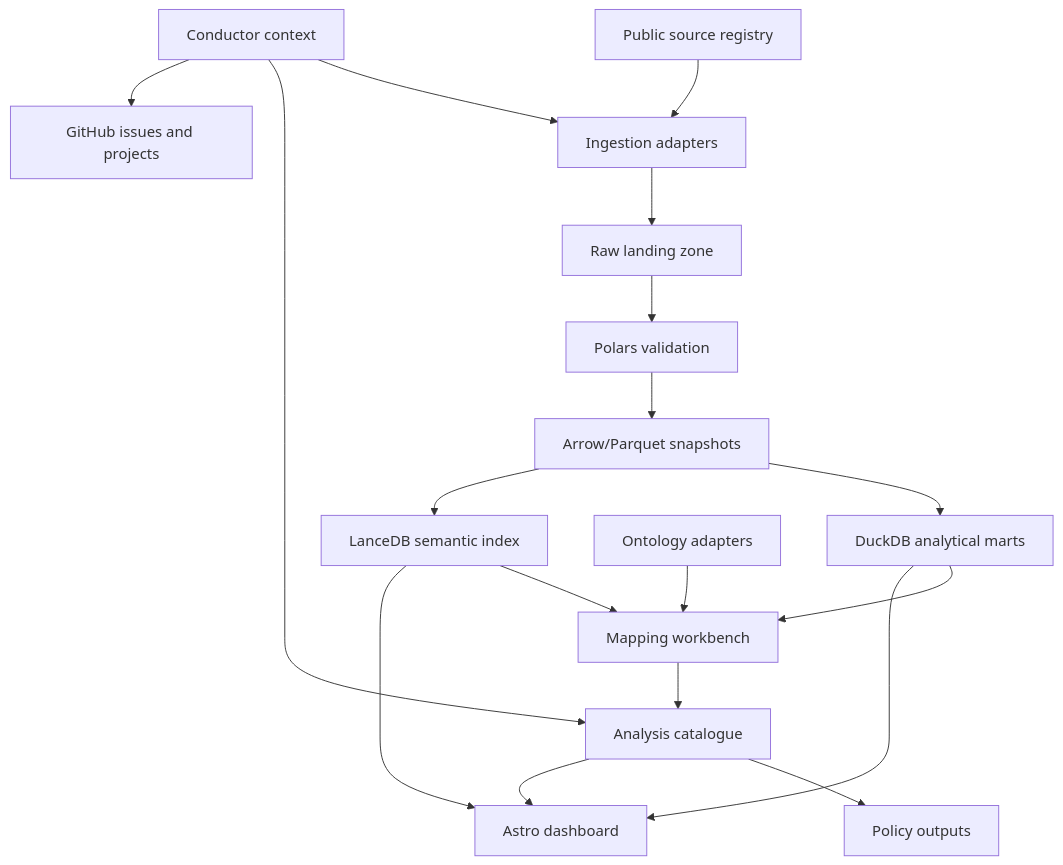
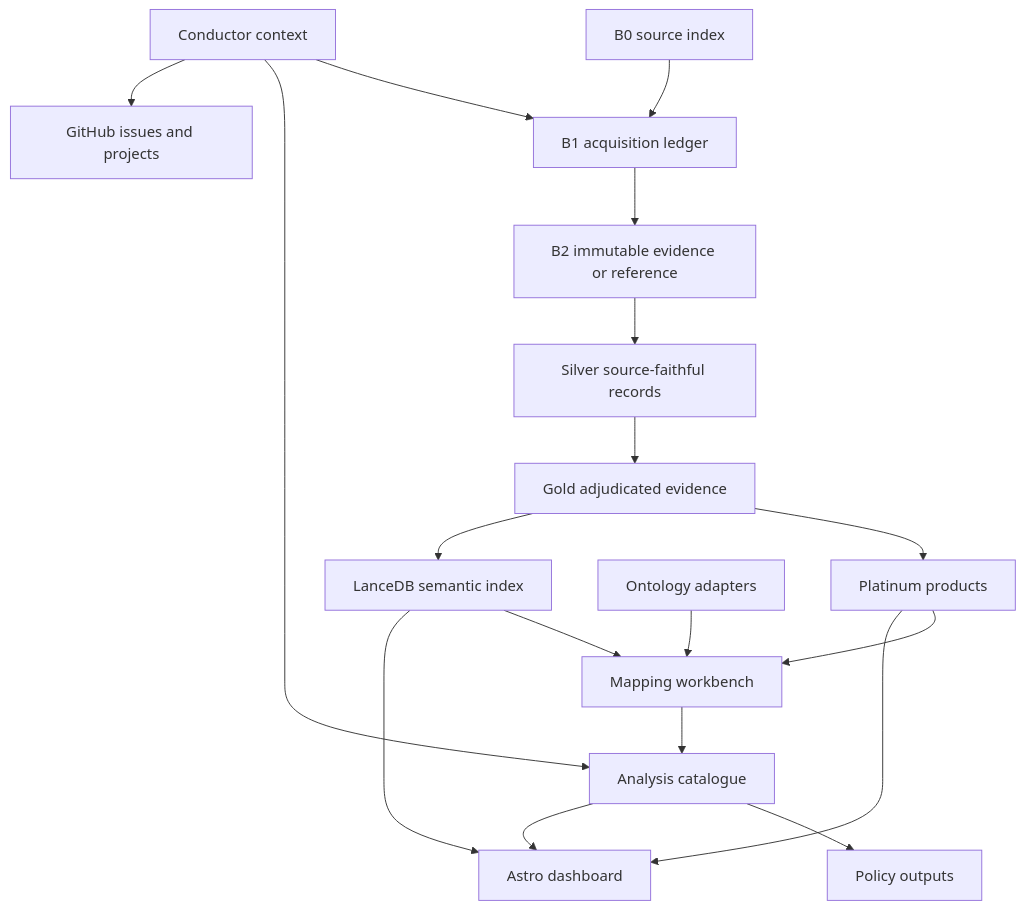
The first of 11 diagrams in DESIGN.md (edithatogo/reimbursement-atlas), drawn with Mermaid before and after one commit. The commit also changed other lines of this file and 131 other files, not shown here.

First line of the commit message:
feat: align governed medallion architecture (#735)

````diff
--- a/DESIGN.md
+++ b/DESIGN.md
@@ -14,20 +14,20 @@
 ```mermaid
 flowchart TD
-    A[Public source registry] --> B[Ingestion adapters]
-    B --> C[Raw landing zone]
-    C --> D[Polars validation]
-    D --> E[Arrow/Parquet snapshots]
-    E --> F[DuckDB analytical marts]
+    A[B0 source index] --> B[B1 acquisition ledger]
+    B --> C[B2 immutable evidence or reference]
+    C --> D[Silver source-faithful records]
+    D --> E[Gold adjudicated evidence]
+    E --> F[Platinum products]
     E --> G[LanceDB semantic index]
     H[Ontology adapters] --> I[Mapping workbench]
     F --> I
     G --> I
     I --> J[Analysis catalogue]
     J --> K[Policy outputs]
     J --> L[Astro dashboard]
     F --> L
     G --> L
     M[Conductor context] --> B
     M --> J
     M --> N[GitHub issues and projects]
 ```
````
